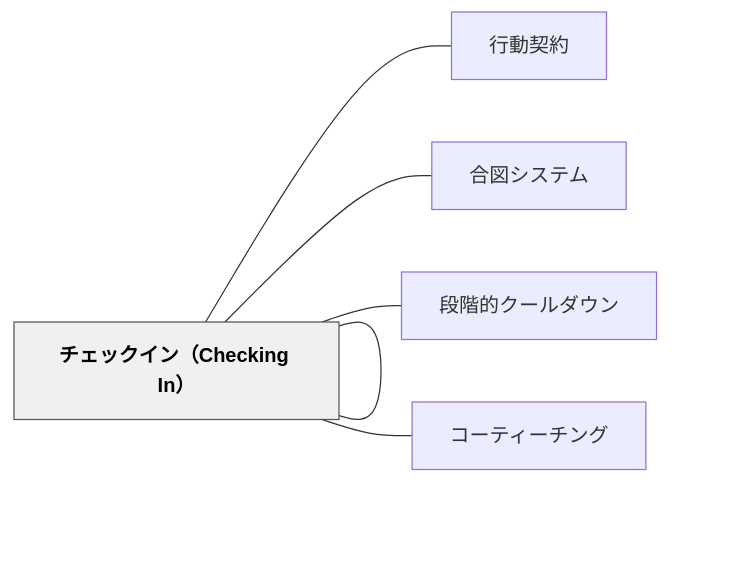
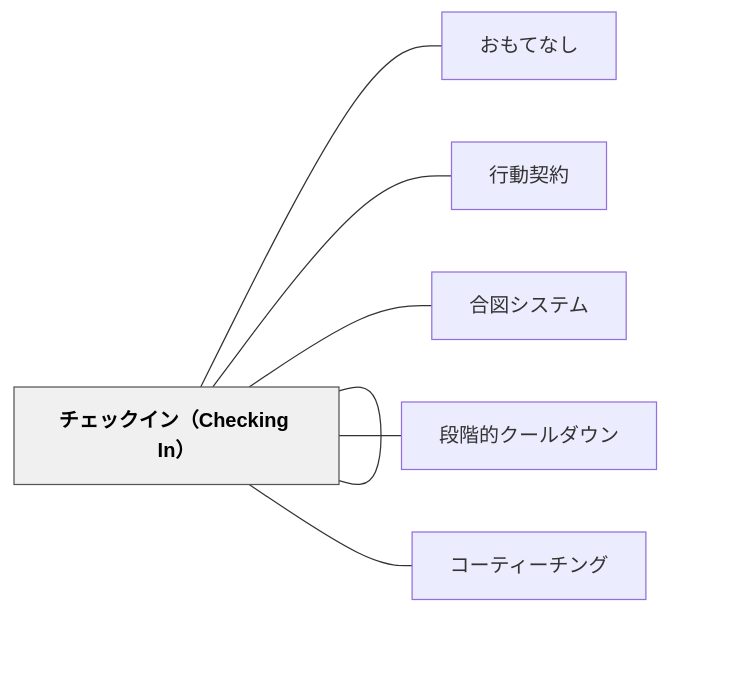
The diagram in content/パタン/チェックイン・チェックアウト（行動支援）.md (unknownthings-ed-patterns/unknownthings-ed-patterns), drawn with Mermaid before and after one commit. The commit also changed other lines of this file and 473 other files, not shown here.

````diff
--- a/content/パタン/チェックイン・チェックアウト（行動支援）.md
+++ b/content/パタン/チェックイン・チェックアウト（行動支援）.md
@@ -135,18 +136,20 @@
 ```mermaid
 flowchart LR
     ne38381e382a7["チェックイン・チェックアウト（行動支援）"]
+    ne3818ae38282["おもてなし"]
     ne8a18ce58b95["行動契約"]
     ne59088e59bb3["合図システム"]
     ne6aeb5e99a8e["段階的クールダウン"]
     ne382b3e383bc["コーティーチング"]
     ne38381e382a7["チェックイン（Checking In）"]
 
+    ne38381e382a7 --- ne3818ae38282
     ne38381e382a7 --- ne8a18ce58b95
     ne38381e382a7 --- ne59088e59bb3
     ne38381e382a7 --- ne6aeb5e99a8e
     ne38381e382a7 --- ne382b3e383bc
     ne38381e382a7 --- ne38381e382a7
 
     classDef hub fill:#f0f0f0,stroke:#555,color:#000,font-weight:bold
     class ne38381e382a7 hub
 ```
````
